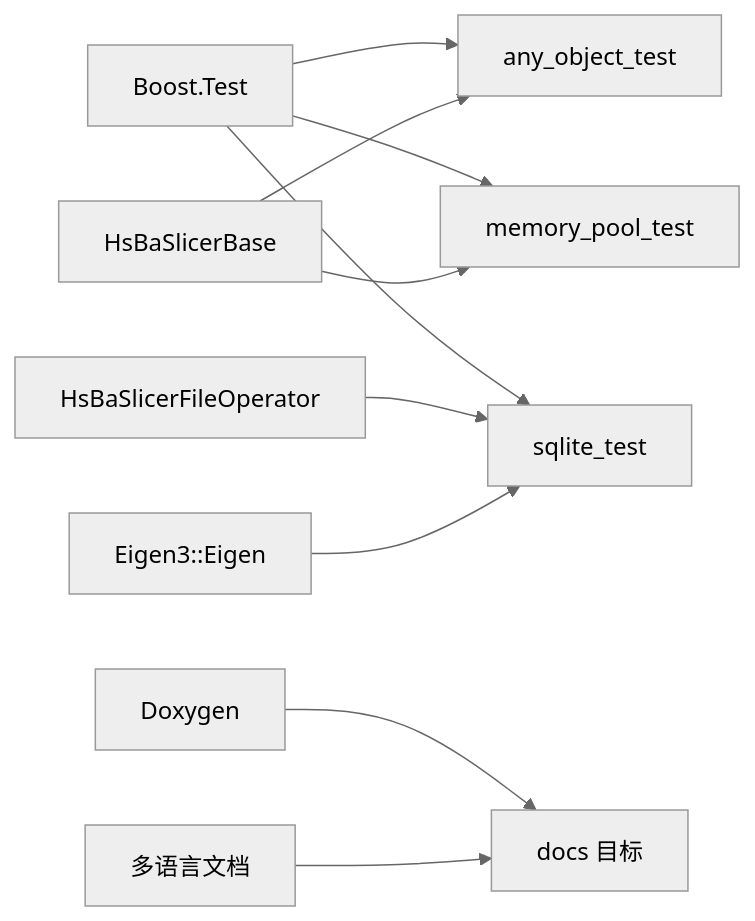
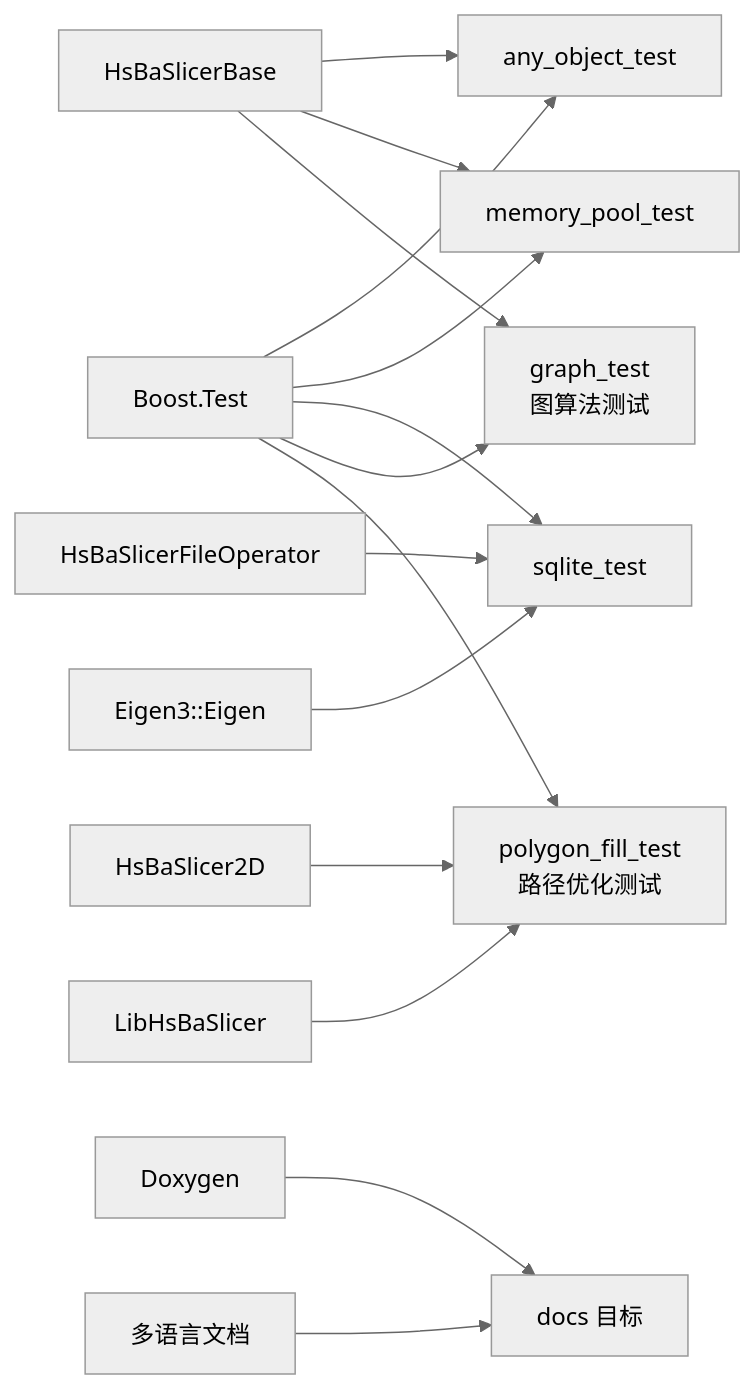
One commit to hsmbanlance/HsBaSlicer changed the tenth of 10 diagrams in .qoder/repowiki/zh/content/测试与调试/测试与文档基础设施.md. Above: the diagram before and after it, drawn with Mermaid (neutral theme). The commit also changed other lines of this file and 11 other files, not shown here.

````diff
--- a/.qoder/repowiki/zh/content/测试与调试/测试与文档基础设施.md
+++ b/.qoder/repowiki/zh/content/测试与调试/测试与文档基础设施.md
@@ -414,12 +543,17 @@
 ```mermaid
 graph LR
 Boost["Boost.Test"] --> T1["any_object_test"]
 Boost --> T2["memory_pool_test"]
 Boost --> T3["sqlite_test"]
+Boost --> T4["graph_test<br/>图算法测试"]
+Boost --> T5["polygon_fill_test<br/>路径优化测试"]
 HBase["HsBaSlicerBase"] --> T1
 HBase --> T2
+HBase --> T4
 HFileOp["HsBaSlicerFileOperator"] --> T3
-Eigen["Eigen3::Eigen"] --> T3
+HEigen["Eigen3::Eigen"] --> T3
+H2D["HsBaSlicer2D"] --> T5
+HLua["LibHsBaSlicer"] --> T5
 Doxy["Doxygen"] --> Docs["docs 目标"]
 MultiLang["多语言文档"] --> Docs
 ```
````
